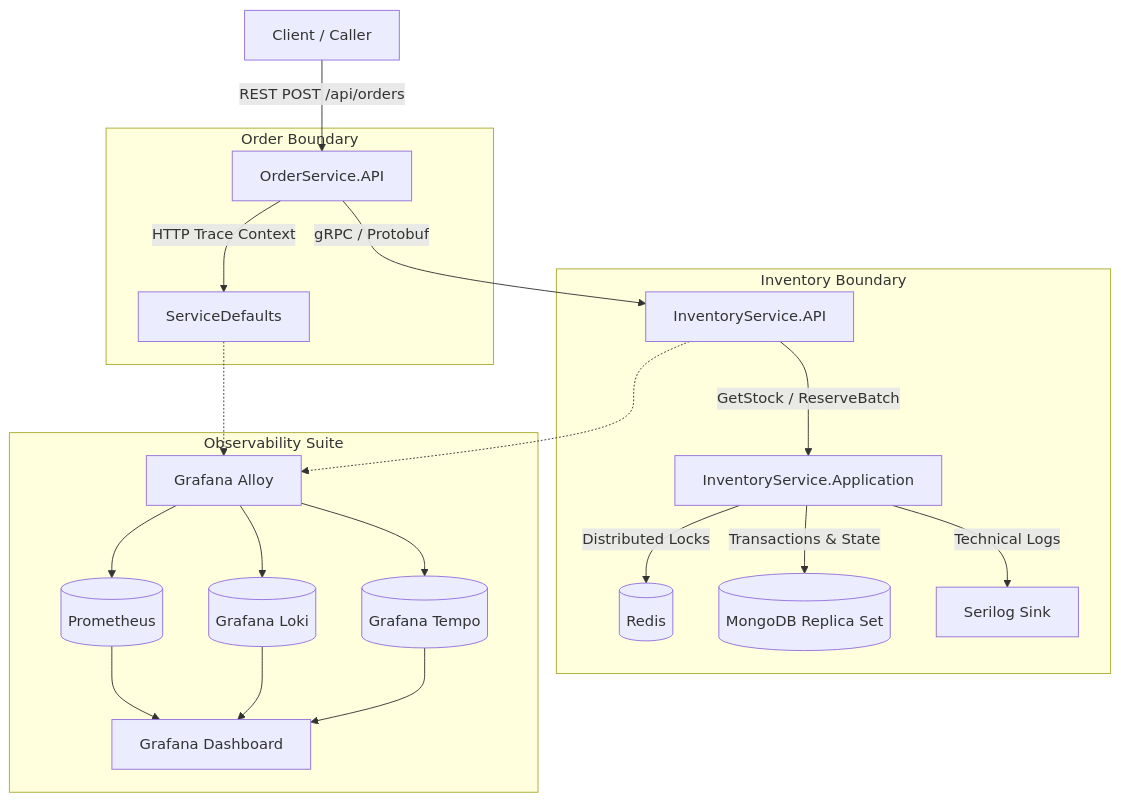
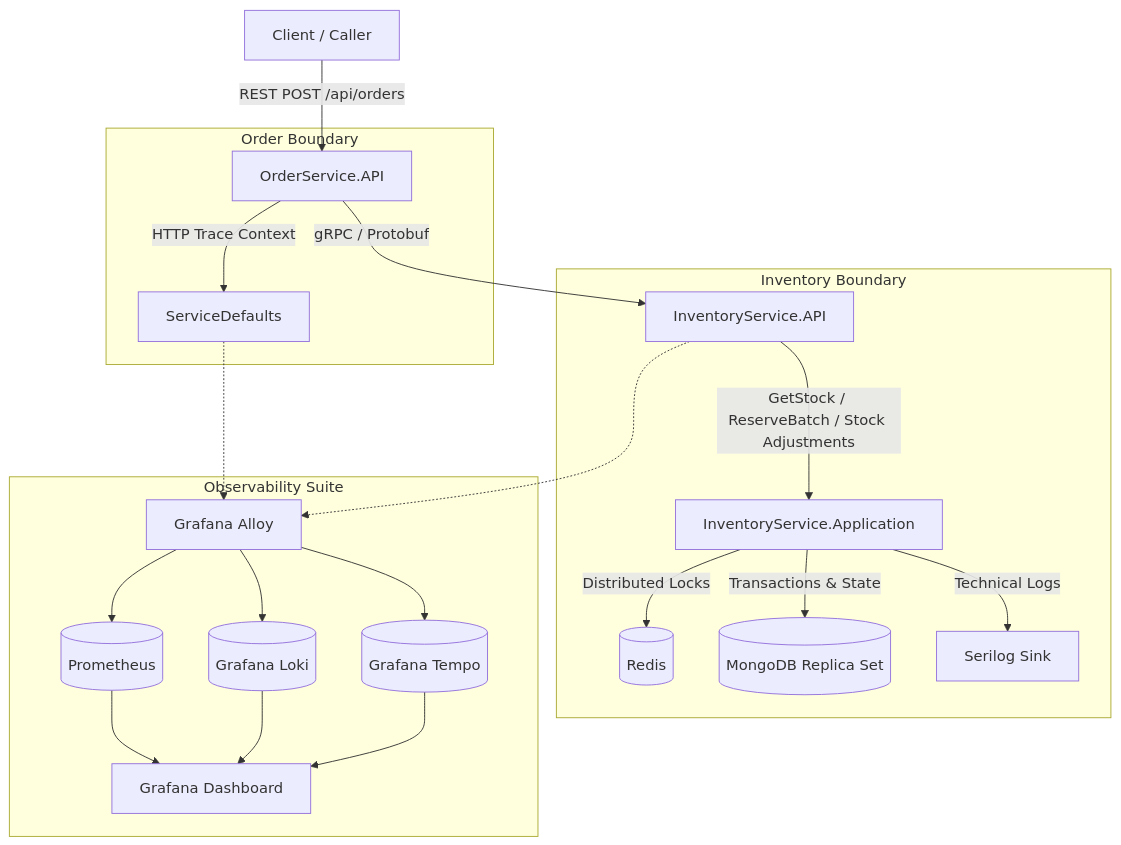
One commit to abdulkadirozyurt/InventoryReservationSystem changed the diagram in README.md. Above: the diagram before and after it, drawn with Mermaid. The commit also changed other lines of this file and 3 other files, not shown here.

````diff
--- a/README.md
+++ b/README.md
@@ -23,28 +23,28 @@
 ```mermaid
 flowchart TD
     Client[Client / Caller] -->|REST POST /api/orders| OrderAPI[OrderService.API]
     
     subgraph Order Boundary
         OrderAPI -->|HTTP Trace Context| OrderDefaults[ServiceDefaults]
     end
 
     OrderAPI -->|gRPC / Protobuf| InvAPI[InventoryService.API]
 
     subgraph Inventory Boundary
-        InvAPI -->|GetStock / ReserveBatch| InvApp[InventoryService.Application]
+        InvAPI -->|GetStock / ReserveBatch / Stock Adjustments| InvApp[InventoryService.Application]
         InvApp -->|Distributed Locks| Redis[(Redis)]
         InvApp -->|Transactions & State| Mongo[(MongoDB Replica Set)]
         InvApp -->|Technical Logs| Serilog[Serilog Sink]
     end
 
     subgraph Observability Suite
         OrderDefaults -.-> Alloy[Grafana Alloy]
         InvAPI -.-> Alloy
         Alloy --> Prometheus[(Prometheus)]
         Alloy --> Loki[(Grafana Loki)]
         Alloy --> Tempo[(Grafana Tempo)]
         Prometheus --> Grafana[Grafana Dashboard]
         Loki --> Grafana
         Tempo --> Grafana
     end
 ```
````
